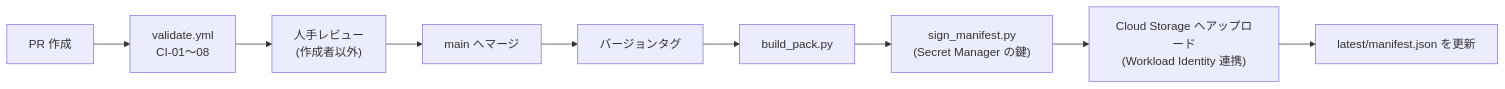
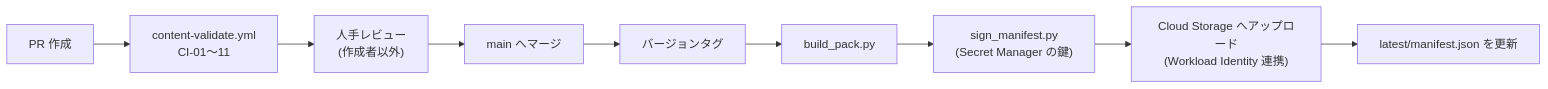
One commit to myoshi2891/Cloudrill changed the eighth of 8 diagrams in Documentation.docc/BDD.md. Above: the diagram before and after it, drawn with Mermaid. The commit also changed other lines of this file, not shown here.

````diff
--- a/Documentation.docc/BDD.md
+++ b/Documentation.docc/BDD.md
@@ -834,11 +842,11 @@
 ```mermaid
 flowchart LR
-    PR["PR 作成"] --> V["validate.yml<br/>CI-01〜08"]
+    PR["PR 作成"] --> V["content-validate.yml<br/>CI-01〜11"]
     V --> RV["人手レビュー<br/>(作成者以外)"]
     RV --> M["main へマージ"]
     M --> T["バージョンタグ"]
     T --> B["build_pack.py"]
     B --> S["sign_manifest.py<br/>(Secret Manager の鍵)"]
     S --> U["Cloud Storage へアップロード<br/>(Workload Identity 連携)"]
     U --> L["latest/manifest.json を更新"]
 ```
````
